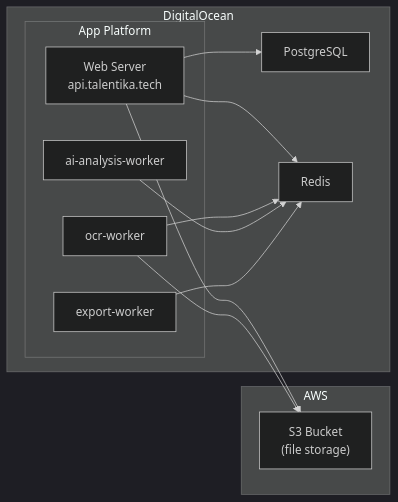
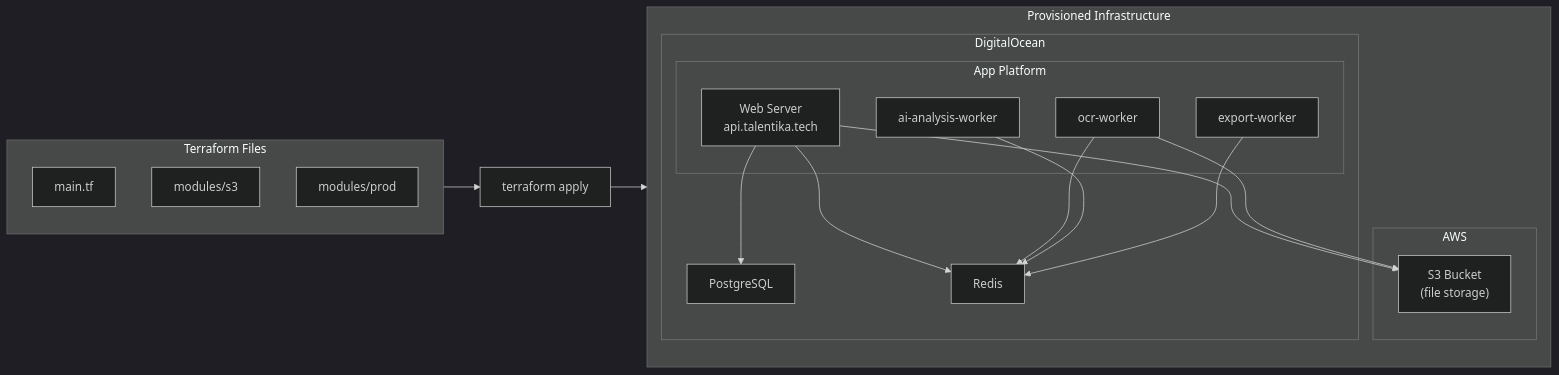
One commit to roiceee/talentika changed the diagram in documentation/infrastructure-diagram.md. Above: the diagram before and after it, drawn with Mermaid (dark theme).

Commit message:
docs: add terraform apply flow to infrastructure diagram

````diff
--- a/documentation/infrastructure-diagram.md
+++ b/documentation/infrastructure-diagram.md
@@ -3,25 +3,38 @@
 ```mermaid
 flowchart LR
-    subgraph AWS
-        S3["S3 Bucket\n(file storage)"]
+    subgraph TF["Terraform Files"]
+        direction TB
+        A["main.tf"]
+        B["modules/s3"]
+        C["modules/prod"]
     end
 
-    subgraph DigitalOcean
-        subgraph App Platform
-            SERVER["Web Server\napi.talentika.tech"]
-            OCR["ocr-worker"]
-            AI["ai-analysis-worker"]
-            EXPORT["export-worker"]
+    CMD["terraform apply"]
+
+    subgraph PROD["Provisioned Infrastructure"]
+        direction TB
+        subgraph AWS["AWS"]
+            S3["S3 Bucket\n(file storage)"]
         end
-        PG["PostgreSQL"]
-        REDIS["Redis"]
+        subgraph DO["DigitalOcean"]
+            subgraph AP["App Platform"]
+                SERVER["Web Server\napi.talentika.tech"]
+                OCR["ocr-worker"]
+                AI["ai-analysis-worker"]
+                EXPORT["export-worker"]
+            end
+            PG["PostgreSQL"]
+            REDIS["Redis"]
+        end
     end
+
+    TF --> CMD --> PROD
 
     SERVER --> PG
     SERVER --> REDIS
     SERVER --> S3
     OCR --> REDIS
     OCR --> S3
     AI --> REDIS
     EXPORT --> REDIS
 ```
````
